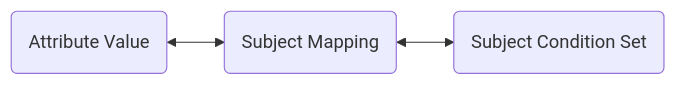
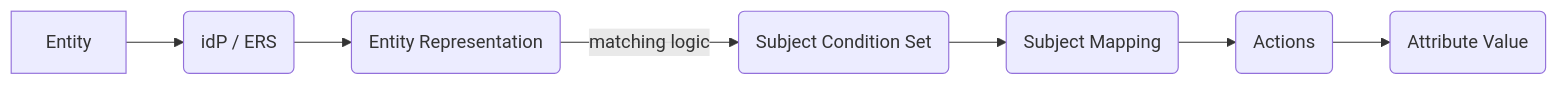
The first of 2 diagrams in docs/components/policy/subject_mappings.md (opentdf/docs), drawn with Mermaid before and after one commit. The commit also changed other lines of this file and 2 other files, not shown here.

````diff
--- a/docs/components/policy/subject_mappings.md
+++ b/docs/components/policy/subject_mappings.md
@@ -14,5 +7,9 @@
 ```mermaid
 graph LR;
-A(Attribute Value)<--> B(Subject Mapping);
-B(Subject Mapping)<--> C(Subject Condition Set);
+Entity-->a(idP / ERS);
+a(idP / ERS)-->b(Entity Representation);
+b-- matching logic -->c(Subject Condition Set);
+c-->d(Subject Mapping);
+d-->e(Actions);
+e-->f(Attribute Value);
 ```
````
